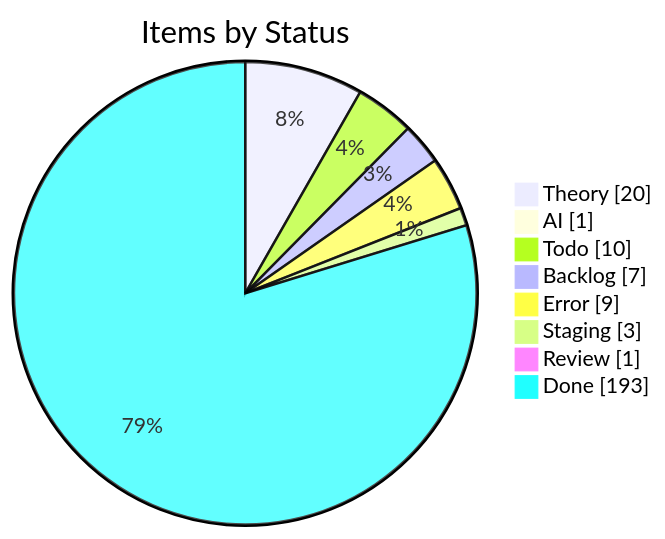
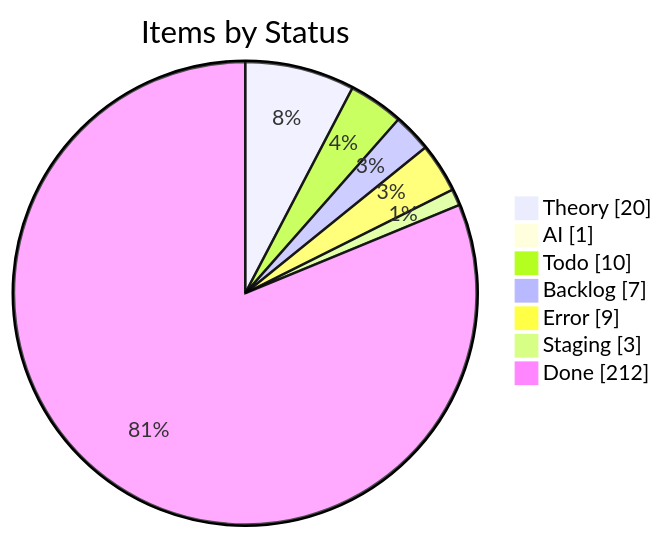
Before and after one commit to KBVE/kbve: the first of 4 diagrams in apps/kbve/astro-kbve/src/content/docs/dashboard/kanban-data.mdx, drawn with Mermaid. The commit also changed other lines of this file and 8 other files, not shown here.

````diff
--- a/apps/kbve/astro-kbve/src/content/docs/dashboard/kanban-data.mdx
+++ b/apps/kbve/astro-kbve/src/content/docs/dashboard/kanban-data.mdx
@@ -55,12 +55,11 @@
 ```mermaid
 pie showData
     title Items by Status
     "Theory" : 20
     "AI" : 1
     "Todo" : 10
     "Backlog" : 7
     "Error" : 9
     "Staging" : 3
-    "Review" : 1
-    "Done" : 193
+    "Done" : 212
 ```
````
